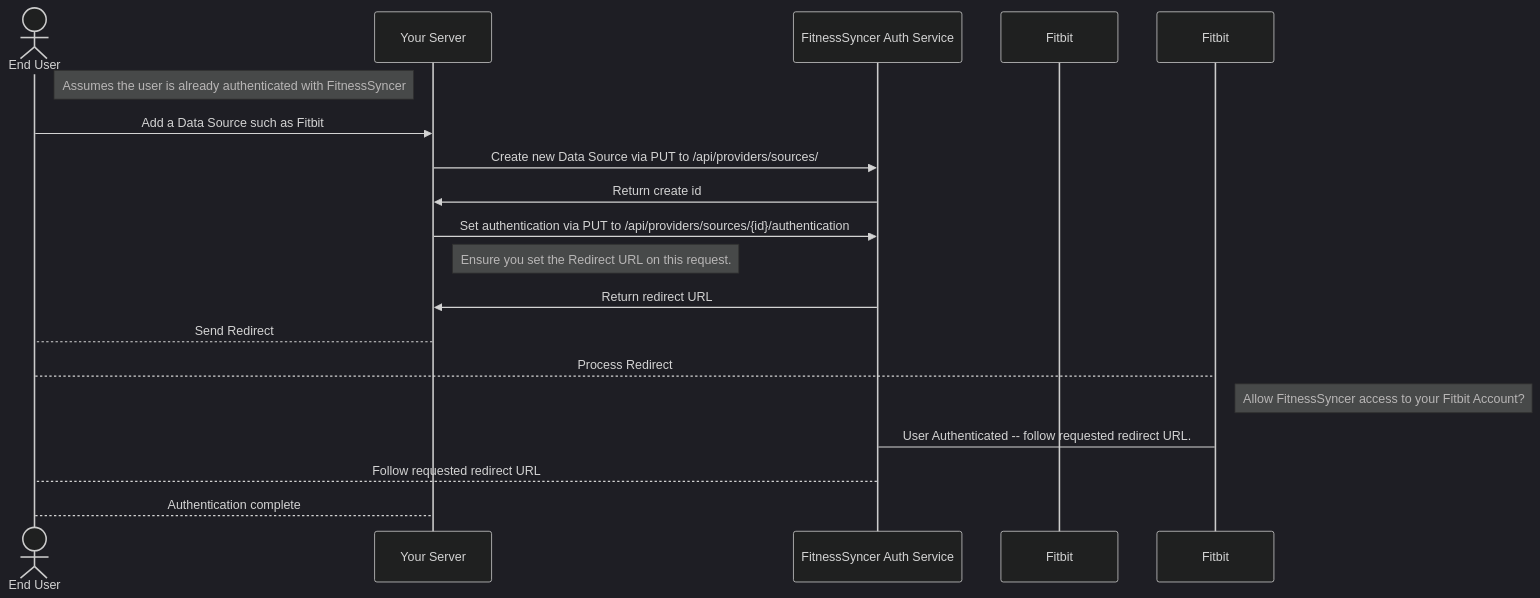
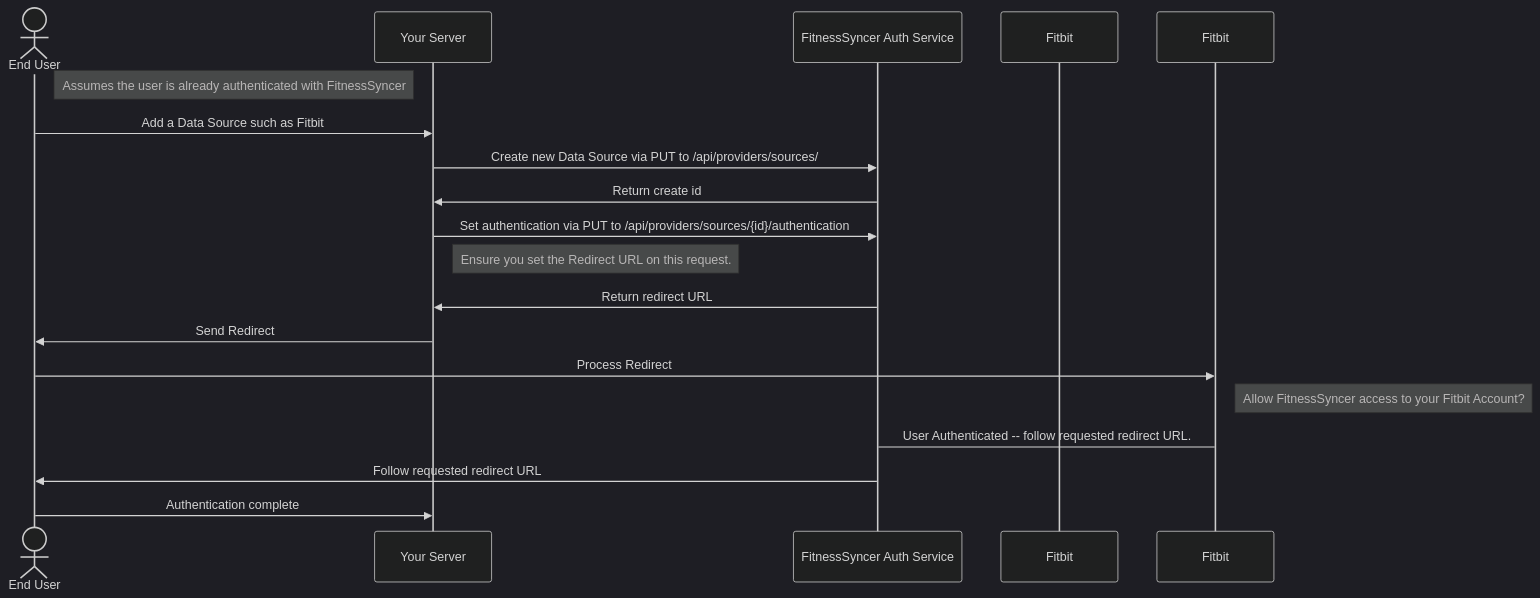
One commit to FitnessSyncer/FitnessSyncerAPI changed the second of 3 diagrams in README.md. Above: the diagram before and after it, drawn with Mermaid (dark theme).

Commit message:
Fixing a syntax error in the mermaid sequence diagram.

````diff
--- a/README.md
+++ b/README.md
@@ -34,21 +34,21 @@
 ```mermaid
 sequenceDiagram
   actor EndUser as End User
   participant YourServer as Your Server
   participant FitnessSyncer as FitnessSyncer Auth Service
   participant FitBit as Fitbit
 
   note right of EndUser: Assumes the user is already authenticated with FitnessSyncer
   EndUser ->> YourServer: Add a Data Source such as Fitbit
   YourServer ->> FitnessSyncer: Create new Data Source via PUT to /api/providers/sources/
   FitnessSyncer ->> YourServer: Return create id
   YourServer ->> FitnessSyncer: Set authentication via PUT to /api/providers/sources/{id}/authentication
   note right of YourServer: Ensure you set the Redirect URL on this request.
   FitnessSyncer ->> YourServer: Return redirect URL
-  YourServer --> EndUser: Send Redirect
-  EndUser --> Fitbit: Process Redirect
+  YourServer ->> EndUser: Send Redirect
+  EndUser ->> Fitbit: Process Redirect
   note right of Fitbit: Allow FitnessSyncer access to your Fitbit Account?
   Fitbit -> FitnessSyncer: User Authenticated -- follow requested redirect URL.
-  FitnessSyncer --> EndUser: Follow requested redirect URL
-  EndUser --> YourServer: Authentication complete
+  FitnessSyncer ->> EndUser: Follow requested redirect URL
+  EndUser ->> YourServer: Authentication complete
 ```
````
